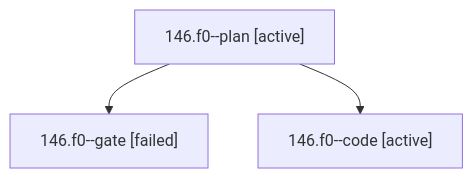
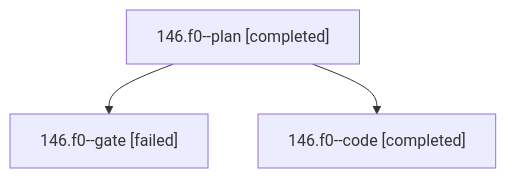
The diagram in sessions/bbugyi200.athena.146.f0.md (bobs-org/bob-cli--agents), drawn with Mermaid before and after one commit. The commit also changed other lines of this file and 90 other files, not shown here.

````diff
--- a/sessions/bbugyi200.athena.146.f0.md
+++ b/sessions/bbugyi200.athena.146.f0.md
@@ -9,8 +9,8 @@
 ```mermaid
 flowchart TD
-  n0["146.f0--plan [active]"]
+  n0["146.f0--plan [completed]"]
   n1["146.f0--gate [failed]"]
   n0 --> n1
-  n2["146.f0--code [active]"]
+  n2["146.f0--code [completed]"]
   n0 --> n2
 ```
````
